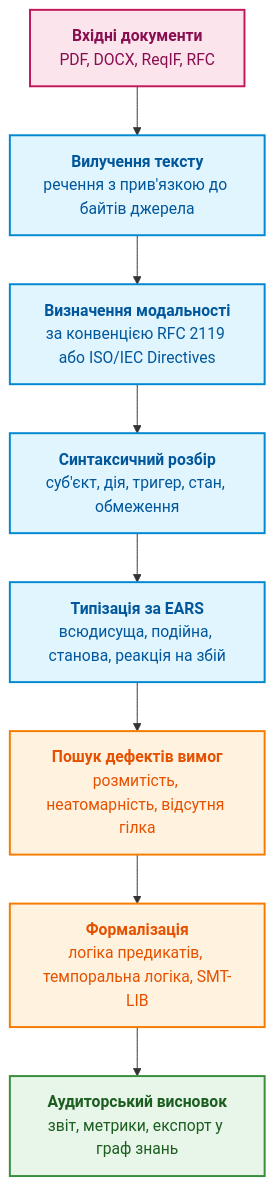
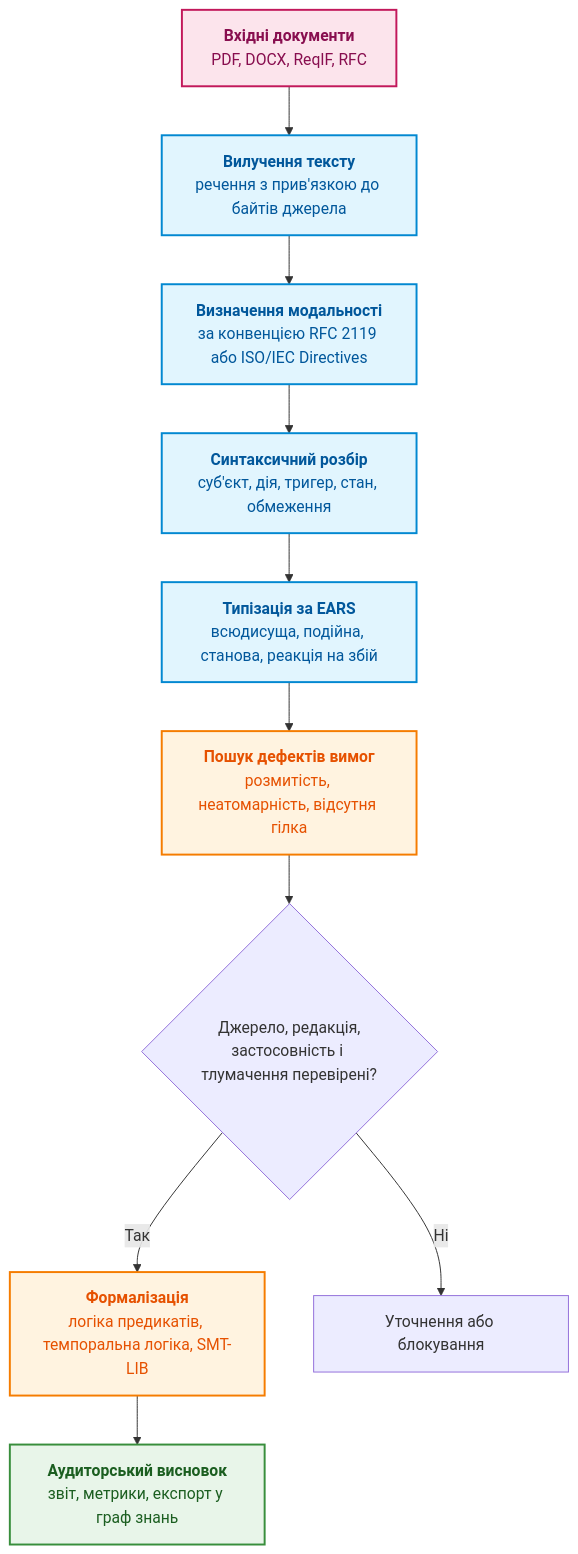
One commit to nick-fedchik/articles changed the first of 6 diagrams in ExpertSystem/ch14-requirements-detection-and-formalization.md. Above: the diagram before and after it, drawn with Mermaid. The commit also changed other lines of this file and 9 other files, not shown here.

````diff
--- a/ExpertSystem/ch14-requirements-detection-and-formalization.md
+++ b/ExpertSystem/ch14-requirements-detection-and-formalization.md
@@ -21,23 +27,25 @@
 ```mermaid
 flowchart TD
     accTitle: Конвеєр детекції вимог та компіляції інваріантів
-    accDescr: Нормативний текст проходить через вилучення речень, визначення модальності, синтаксичний розбір, типізацію за EARS, пошук дефектів і формалізацію до аудиторського висновку.
+    accDescr: Кандидат проходить пошук, структурний розбір, перевірку джерела й застосовності та погодження; непідтверджені поля повертаються на уточнення.
 
     Doc["<b>Вхідні документи</b><br/>PDF, DOCX, ReqIF, RFC"] --> Extr["<b>Вилучення тексту</b><br/>речення з прив'язкою до байтів джерела"]
     Extr --> Modal["<b>Визначення модальності</b><br/>за конвенцією RFC 2119 або ISO/IEC Directives"]
     Modal --> Syntax["<b>Синтаксичний розбір</b><br/>суб'єкт, дія, тригер, стан, обмеження"]
     Syntax --> EARS["<b>Типізація за EARS</b><br/>всюдисуща, подійна, станова, реакція на збій"]
     EARS --> Smell["<b>Пошук дефектів вимог</b><br/>розмитість, неатомарність, відсутня гілка"]
-    Smell --> Formal["<b>Формалізація</b><br/>логіка предикатів, темпоральна логіка, SMT-LIB"]
+    Smell --> Review{"Джерело, редакція,<br/>застосовність і тлумачення перевірені?"}
+    Review -->|"Так"| Formal["<b>Формалізація</b><br/>логіка предикатів, темпоральна логіка, SMT-LIB"]
+    Review -->|"Ні"| Pending["Уточнення або блокування"]
     Formal --> Audit["<b>Аудиторський висновок</b><br/>звіт, метрики, експорт у граф знань"]
 
     classDef src fill:#fce4ec,stroke:#c2185b,stroke-width:2px,color:#880e4f;
     classDef proc fill:#e1f5fe,stroke:#0288d1,stroke-width:2px,color:#01579b;
     classDef check fill:#fff3e0,stroke:#f57c00,stroke-width:2px,color:#e65100;
     classDef ok fill:#e8f5e9,stroke:#388e3c,stroke-width:2px,color:#1b5e20;
 
     class Doc src;
     class Extr,Modal,Syntax,EARS proc;
     class Smell,Formal check;
     class Audit ok;
 ```
````
